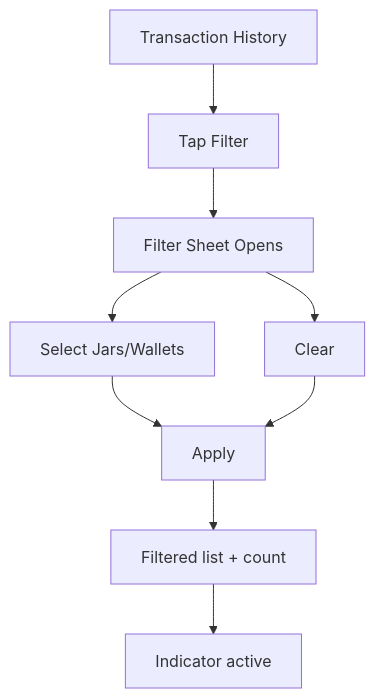
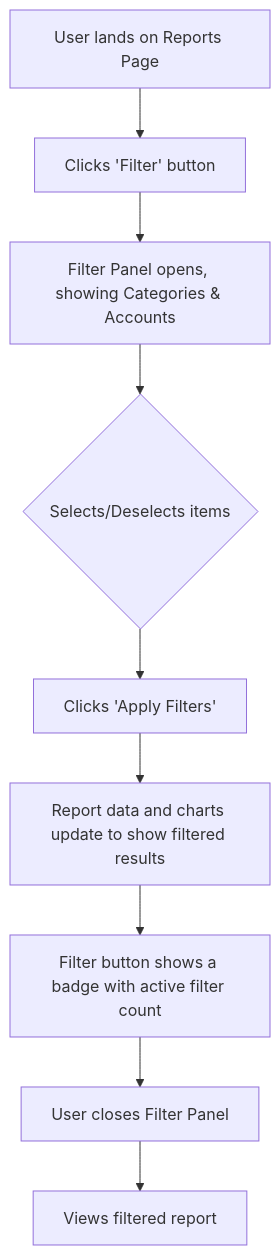
The diagram in docs/features/15_issue-68_feature-report-filter-multi-select-categories-accounts/analysis.md (oatrice/JarWise-Root), drawn with Mermaid before and after one commit. The commit also changed other lines of this file and 3 other files, not shown here.

First line of the commit message:
docs(roadmap): mark #68 complete and add Phase 4 draft review

````diff
--- a/docs/features/15_issue-68_feature-report-filter-multi-select-categories-accounts/analysis.md
+++ b/docs/features/15_issue-68_feature-report-filter-multi-select-categories-accounts/analysis.md
@@ -49,11 +57,11 @@
 ```mermaid
 flowchart TD
-    A[Transaction History] --> B[Tap Filter]
-    B --> C[Filter Sheet Opens]
-    C --> D[Select Jars/Wallets]
-    D --> E[Apply]
-    E --> F[Filtered list + count]
-    F --> G[Indicator active]
-    C --> H[Clear]
-    H --> E
+    A[User lands on Reports Page] --> B[Clicks 'Filter' button]
+    B --> C[Filter Panel opens, showing Categories & Accounts]
+    C --> D{Selects/Deselects items}
+    D --> E[Clicks 'Apply Filters']
+    E --> F[Report data and charts update to show filtered results]
+    F --> G[Filter button shows a badge with active filter count]
+    G --> H[User closes Filter Panel]
+    H --> I[Views filtered report]
 ```
````
